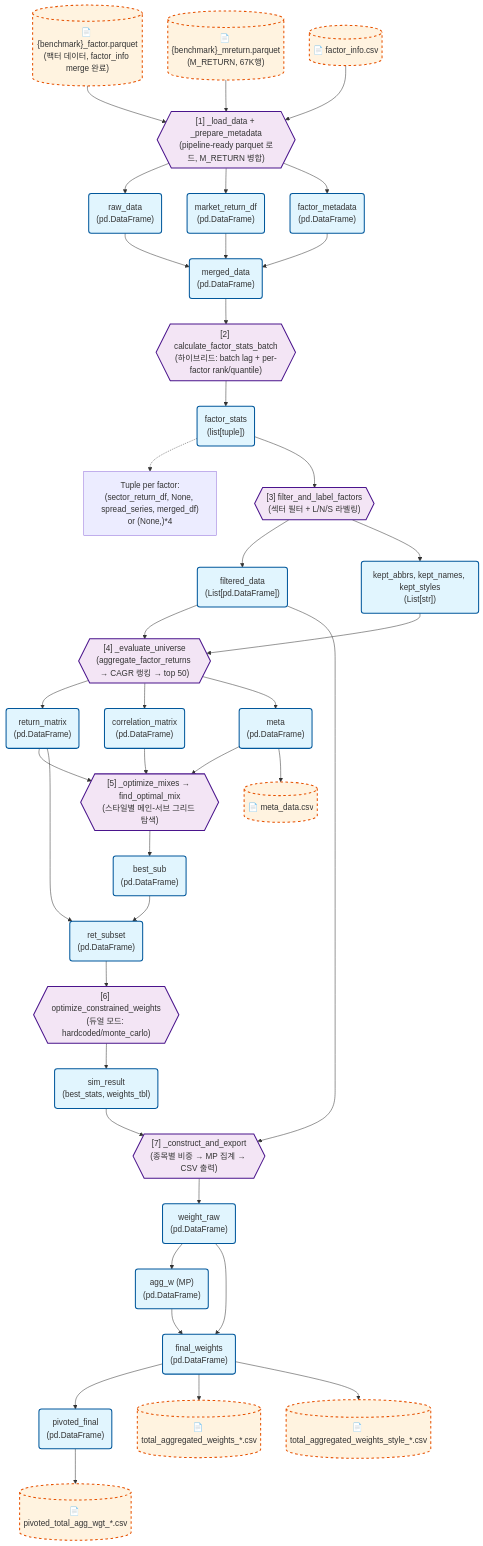
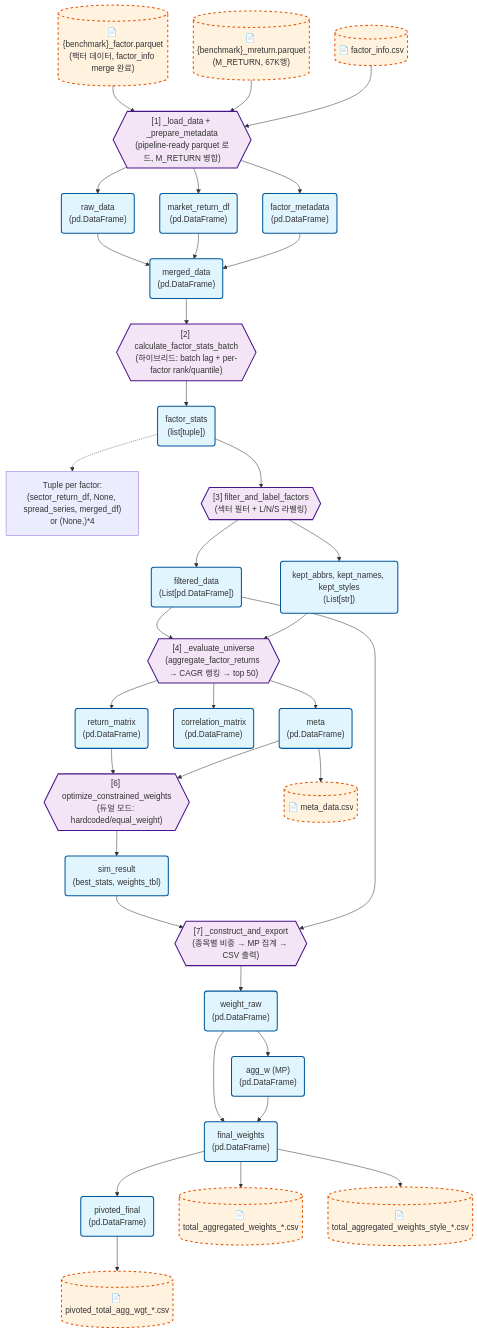
Before and after one commit to urhero/bok: the diagram in docs/VARIABLE_FLOW.md, drawn with Mermaid. The commit also changed other lines of this file and 24 other files, not shown here.

First line of the commit message:
refactor: Monte Carlo 시뮬레이션 + 2-팩터 믹스 완전 제거

```diff
--- a/docs/VARIABLE_FLOW.md
+++ b/docs/VARIABLE_FLOW.md
@@ -60,20 +60,11 @@
     Func_GenMeta --> Var_DownCorr
     Func_GenMeta --> Var_Meta
 
-    %% --- [5] Optimize Mixes ---
-    Func_GetWgt{{"[5] _optimize_mixes → find_optimal_mix<br/>(스타일별 메인-서브 그리드 탐색)"}}:::func
-    Var_BestSub("best_sub<br/>(pd.DataFrame)"):::data
-    Var_RetSubset("ret_subset<br/>(pd.DataFrame)"):::data
-
-    Var_FacRet & Var_DownCorr & Var_Meta --> Func_GetWgt
-    Func_GetWgt --> Var_BestSub
-    Var_BestSub & Var_FacRet --> Var_RetSubset
-
     %% --- [6] Weight Determination ---
-    Func_Sim{{"[6] optimize_constrained_weights<br/>(듀얼 모드: hardcoded/monte_carlo)"}}:::func
+    Func_Sim{{"[6] optimize_constrained_weights<br/>(듀얼 모드: hardcoded/equal_weight)"}}:::func
     Var_Res("sim_result<br/>(best_stats, weights_tbl)"):::data
 
-    Var_RetSubset --> Func_Sim
+    Var_FacRet & Var_Meta --> Func_Sim
     Func_Sim --> Var_Res
 
     %% --- [7] Construct & Export ---
```
